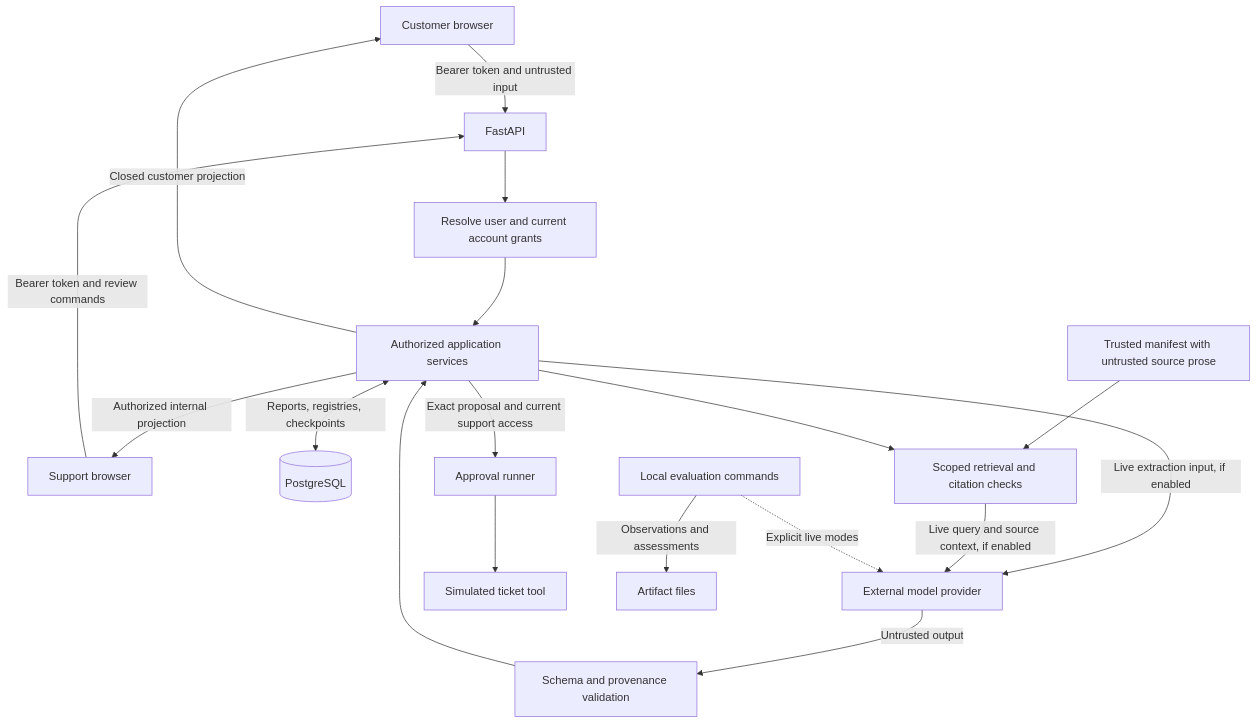
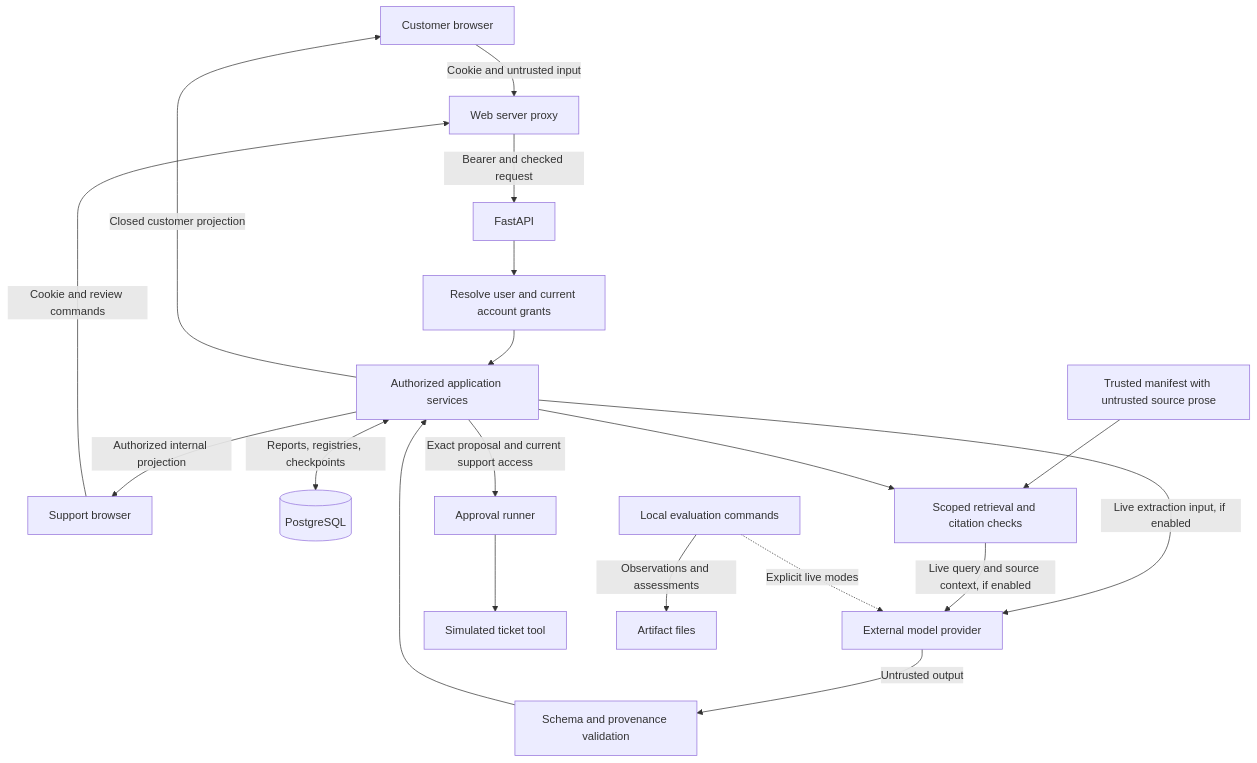
The diagram in docs/threat-model.md (Kevin-Macias/resolve-flow), drawn with Mermaid before and after one commit. The commit also changed other lines of this file and 38 other files, not shown here.

````diff
--- a/docs/threat-model.md
+++ b/docs/threat-model.md
@@ -52,20 +52,21 @@
 ```mermaid
 flowchart TD
-    C[Customer browser] -->|Bearer token and untrusted input| A[FastAPI]
-    S[Support browser] -->|Bearer token and review commands| A
+    C[Customer browser] -->|Cookie and untrusted input| W[Web server proxy]
+    S[Support browser] -->|Cookie and review commands| W
+    W -->|Bearer and checked request| A[FastAPI]
     A --> I[Resolve user and current account grants]
     I --> U[Authorized application services]
     U <-->|Reports, registries, checkpoints| D[(PostgreSQL)]
     K[Trusted manifest with untrusted source prose] --> R[Scoped retrieval and citation checks]
     U --> R
     U -->|Live extraction input, if enabled| M[External model provider]
     R -->|Live query and source context, if enabled| M
     M -->|Untrusted output| V[Schema and provenance validation]
     V --> U
     U -->|Exact proposal and current support access| P[Approval runner]
     P --> T[Simulated ticket tool]
     U -->|Closed customer projection| C
     U -->|Authorized internal projection| S
     E[Local evaluation commands] -->|Observations and assessments| F[Artifact files]
     E -.->|Explicit live modes| M
 ```
````
